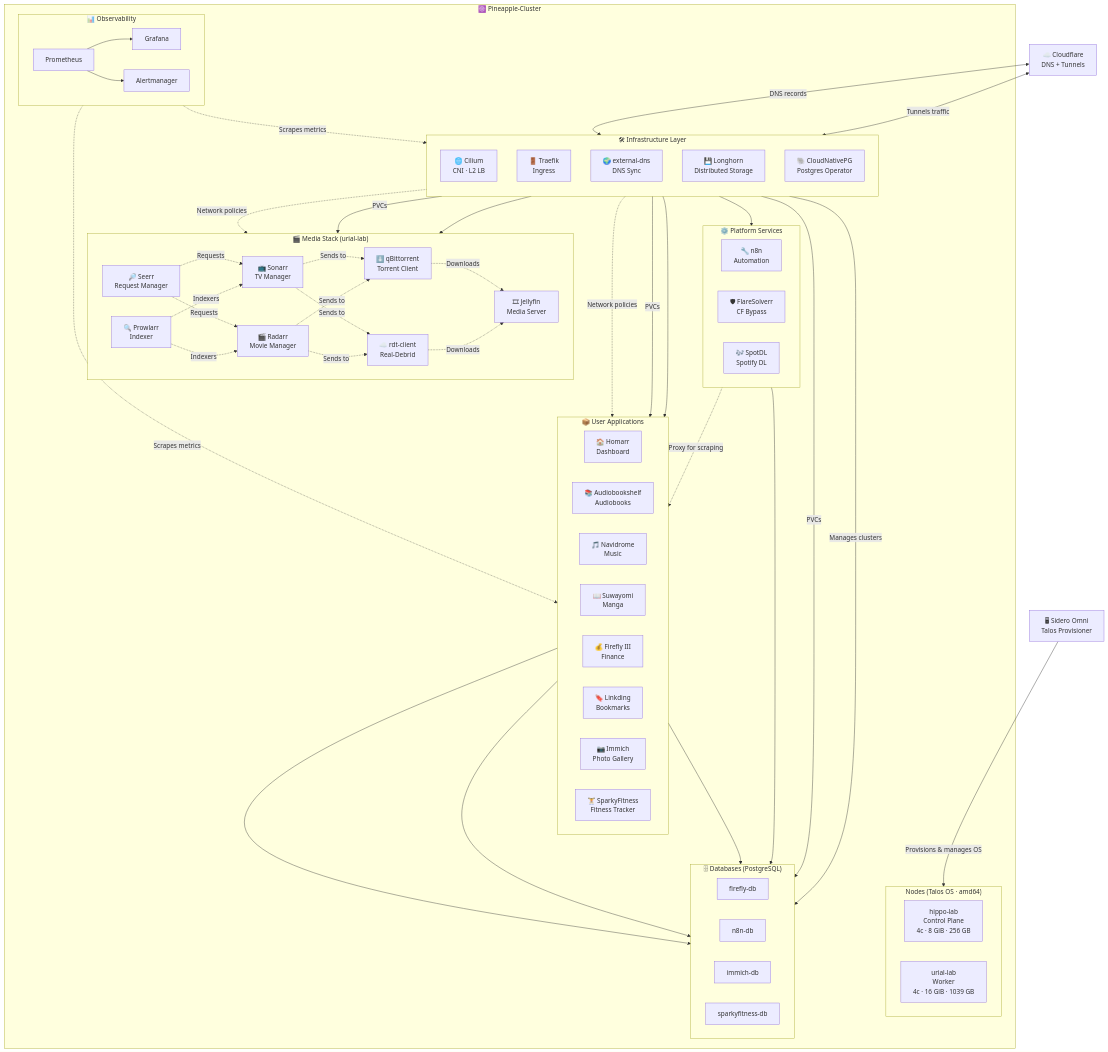
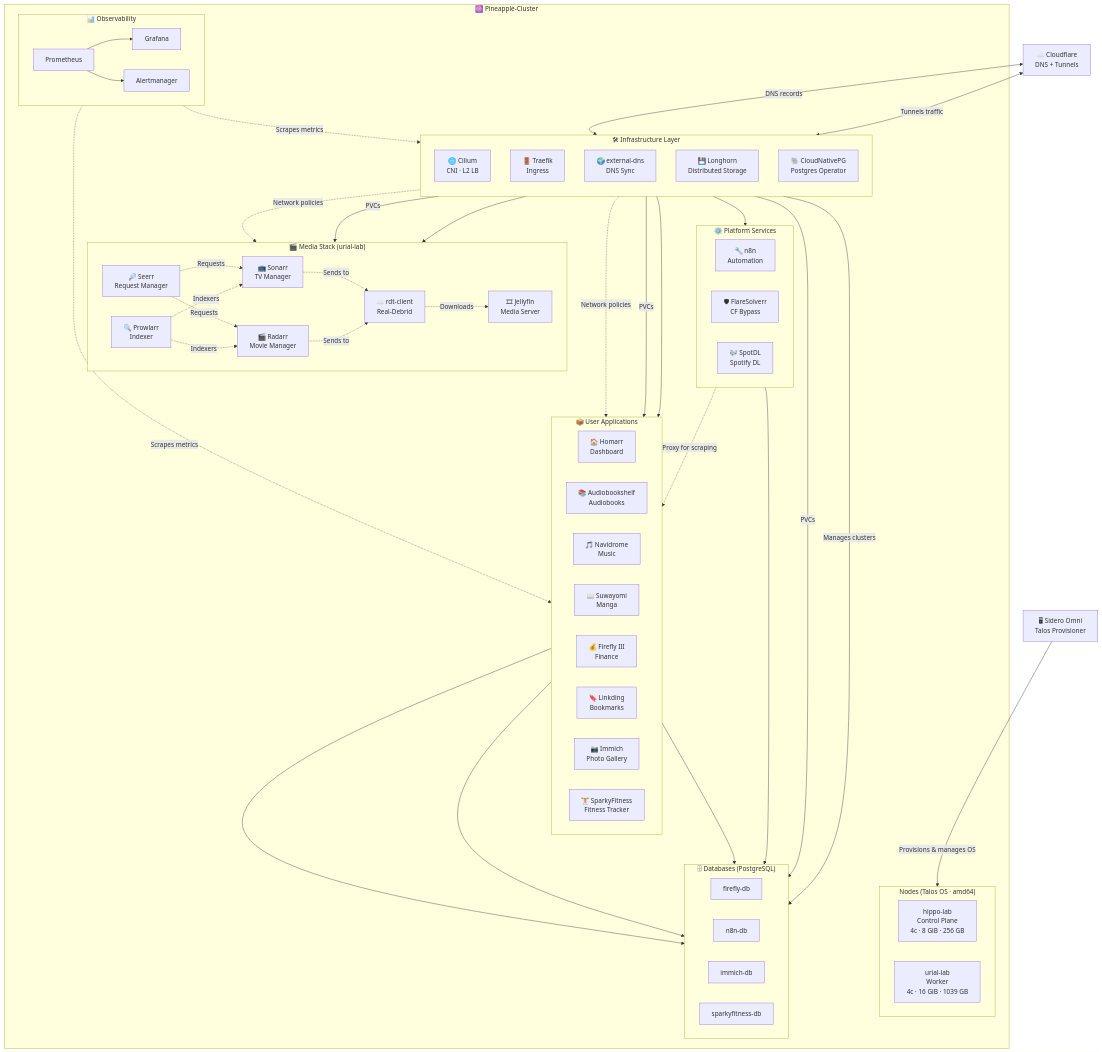
One commit to ahmadhaiqal/Pineapple-Cluster changed the second of 2 diagrams in README.md. Above: the diagram before and after it, drawn with Mermaid. The commit also changed other lines of this file, not shown here.

Commit message:
docs(readme): drop qbittorrent (removed from cluster)
Remove the qBittorrent node and its diagram edges, plus the app-table
row, to match the cluster after migrating fully to rdt-client.

```diff
--- a/README.md
+++ b/README.md
@@ -101,7 +101,6 @@
             SONARR["📺 Sonarr\nTV Manager"]
             RADARR["🎬 Radarr\nMovie Manager"]
             PROWLARR["🔍 Prowlarr\nIndexer"]
-            QB["⬇️ qBittorrent\nTorrent Client"]
             RDT["☁️ rdt-client\nReal-Debrid"]
             SEERR["🔎 Seerr\nRequest Manager"]
         end
@@ -152,13 +151,10 @@
     %% Media stack wiring
     SEERR -. "Requests" .-> SONARR
     SEERR -. "Requests" .-> RADARR
-    SONARR -. "Sends to" .-> QB
-    RADARR -. "Sends to" .-> QB
     SONARR -. "Sends to" .-> RDT
     RADARR -. "Sends to" .-> RDT
     PROWLARR -. "Indexers" .-> SONARR
     PROWLARR -. "Indexers" .-> RADARR
-    QB -. "Downloads" .-> JELLY
     RDT -. "Downloads" .-> JELLY
 
     %% Inter-service
```
